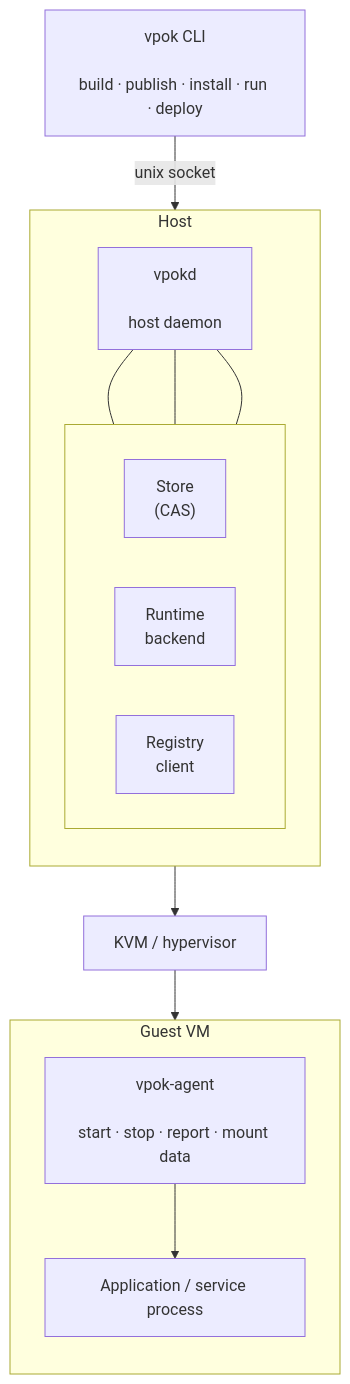
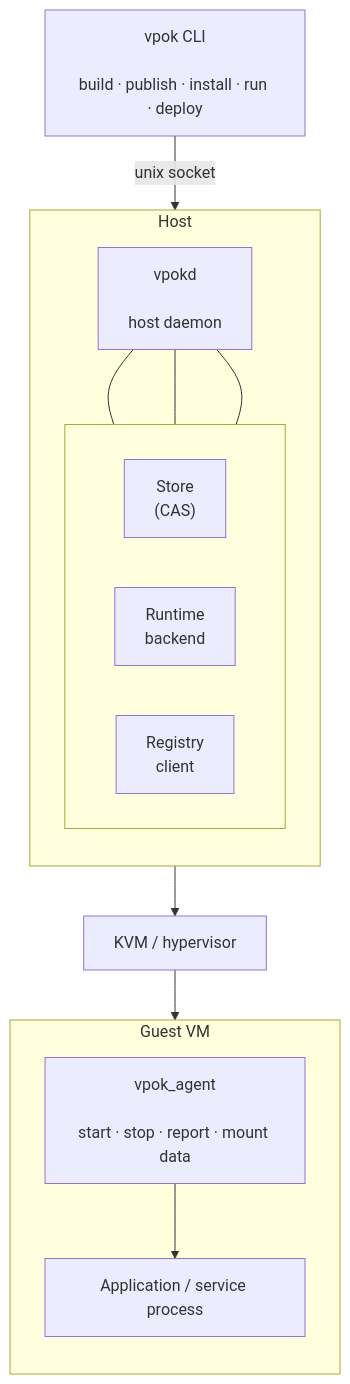
One commit to PeteMadCoder/vpok changed the diagram in docs/architecture.md. Above: the diagram before and after it, drawn with Mermaid. The commit also changed other lines of this file and 2 other files, not shown here.

Commit message:
Deploy spec

````diff
--- a/docs/architecture.md
+++ b/docs/architecture.md
@@ -26,33 +26,33 @@
 ```mermaid
 flowchart TB
     CLI["vpok CLI<br/><br/>build · publish · install · run · deploy"]
 
     subgraph HOST["Host"]
         direction TB
         DAEMON["vpokd<br/><br/>host daemon"]
 
         subgraph COMPONENTS[" "]
             direction LR
             STORE["Store<br/>(CAS)"]
             RUNTIME["Runtime<br/>backend"]
             REGISTRY["Registry<br/>client"]
         end
 
         DAEMON --- STORE
         DAEMON --- RUNTIME
         DAEMON --- REGISTRY
     end
 
     HYPERVISOR["KVM / hypervisor"]
 
     subgraph GUEST["Guest VM"]
         direction TB
-        AGENT["vpok-agent<br/><br/>start · stop · report · mount data"]
+        AGENT["vpok_agent<br/><br/>start · stop · report · mount data"]
         APP["Application / service process"]
         AGENT --> APP
     end
 
     CLI -->|unix socket| DAEMON
     DAEMON --> HYPERVISOR
     HYPERVISOR --> GUEST
 ```
````
